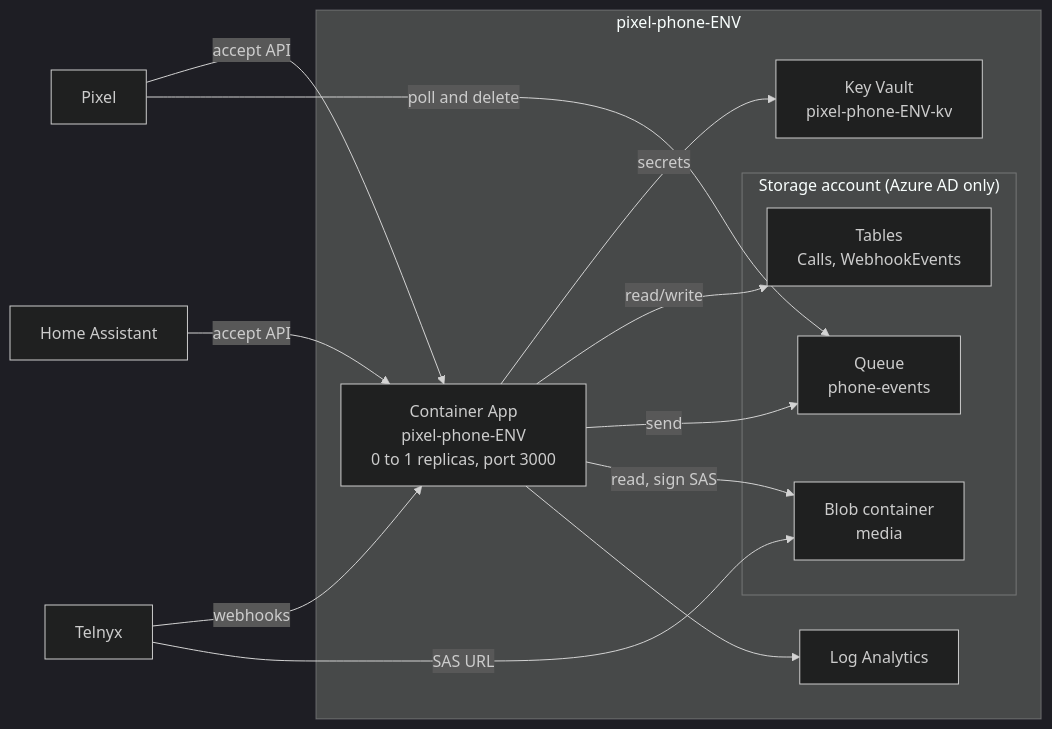
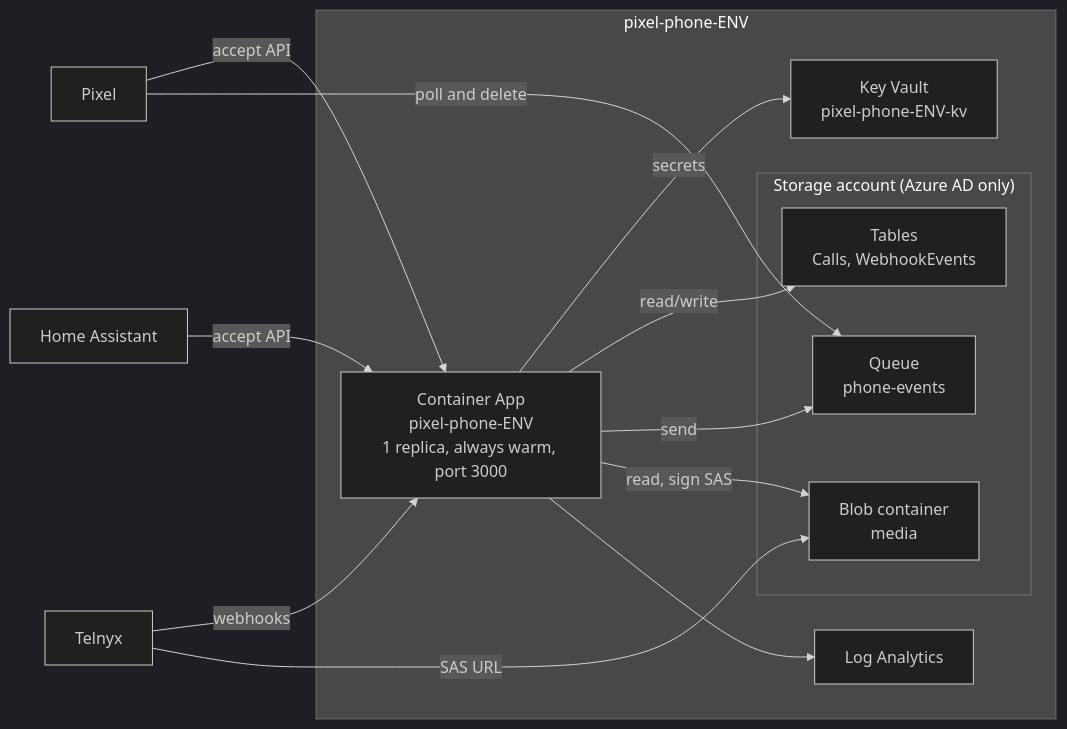
Before and after one commit to pixelbar/pixel-phone: the diagram in docs/infra.md, drawn with Mermaid (dark theme). The commit also changed 8 other files, not shown here.

First line of the commit message:
Keep one replica warm instead of scaling to zero

````diff
--- a/docs/infra.md
+++ b/docs/infra.md
@@ -15,25 +15,25 @@
 ```mermaid
 flowchart LR
     telnyx[Telnyx] -- webhooks --> app
     ha[Home Assistant] -- accept API --> app
     pixel[Pixel] -- accept API --> app
 
     subgraph rg["pixel-phone-ENV"]
-        app["Container App<br/>pixel-phone-ENV<br/>0 to 1 replicas, port 3000"]
+        app["Container App<br/>pixel-phone-ENV<br/>1 replica, always warm, port 3000"]
         kv["Key Vault<br/>pixel-phone-ENV-kv"]
         subgraph st["Storage account (Azure AD only)"]
             tables["Tables<br/>Calls, WebhookEvents"]
             queue["Queue<br/>phone-events"]
             media["Blob container<br/>media"]
         end
         logs["Log Analytics"]
     end
 
     app -- secrets --> kv
     app -- read/write --> tables
     app -- send --> queue
     app -- read, sign SAS --> media
     pixel -- poll and delete --> queue
     telnyx -- SAS URL --> media
     app --> logs
 ```
````
